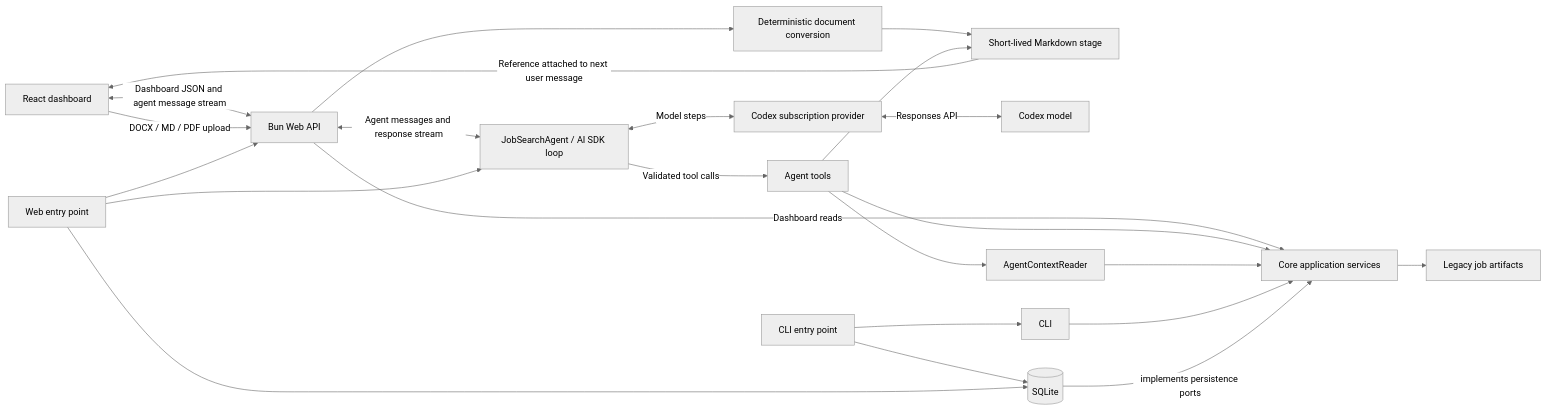
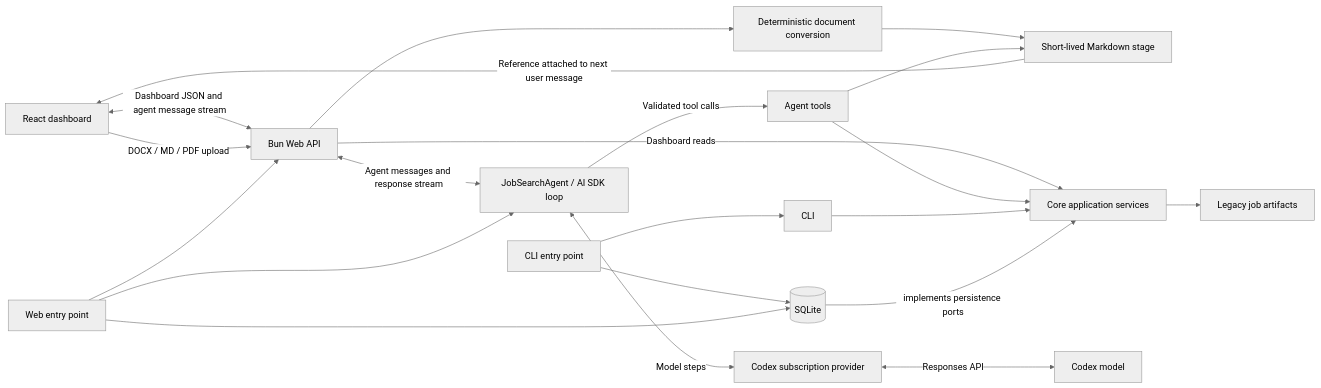
One commit to paulmccallick/gig-finder changed the diagram in docs/architecture/overview.md. Above: the diagram before and after it, drawn with Mermaid (neutral theme). The commit also changed other lines of this file and 28 other files, not shown here.

````diff
--- a/docs/architecture/overview.md
+++ b/docs/architecture/overview.md
@@ -5,25 +5,23 @@
 ```mermaid
 flowchart LR
   Dashboard[React dashboard] <-->|Dashboard JSON and agent message stream| API[Bun Web API]
   Dashboard -->|DOCX / MD / PDF upload| API
   API --> Converter[Deterministic document conversion]
   Converter --> Stage[Short-lived Markdown stage]
   Stage -->|Reference attached to next user message| Dashboard
   API -->|Dashboard reads| Core[Core application services]
   API <-->|Agent messages and response stream| Agent[JobSearchAgent / AI SDK loop]
   Agent <-->|Model steps| Provider[Codex subscription provider]
   Provider <-->|Responses API| Model[Codex model]
   Agent -->|Validated tool calls| Tools[Agent tools]
   Tools --> Stage
-  Tools --> Reader[AgentContextReader]
   Tools --> Core
-  Reader --> Core
   CLI[CLI] --> Core
   CLIEntry[CLI entry point] --> CLI
   CLIEntry --> SQLite
   WebEntry[Web entry point] --> API
   WebEntry --> Agent
   WebEntry --> SQLite
   SQLite[(SQLite)] -->|implements persistence ports| Core
   Core --> Artifacts[Legacy job artifacts]
 ```
````
